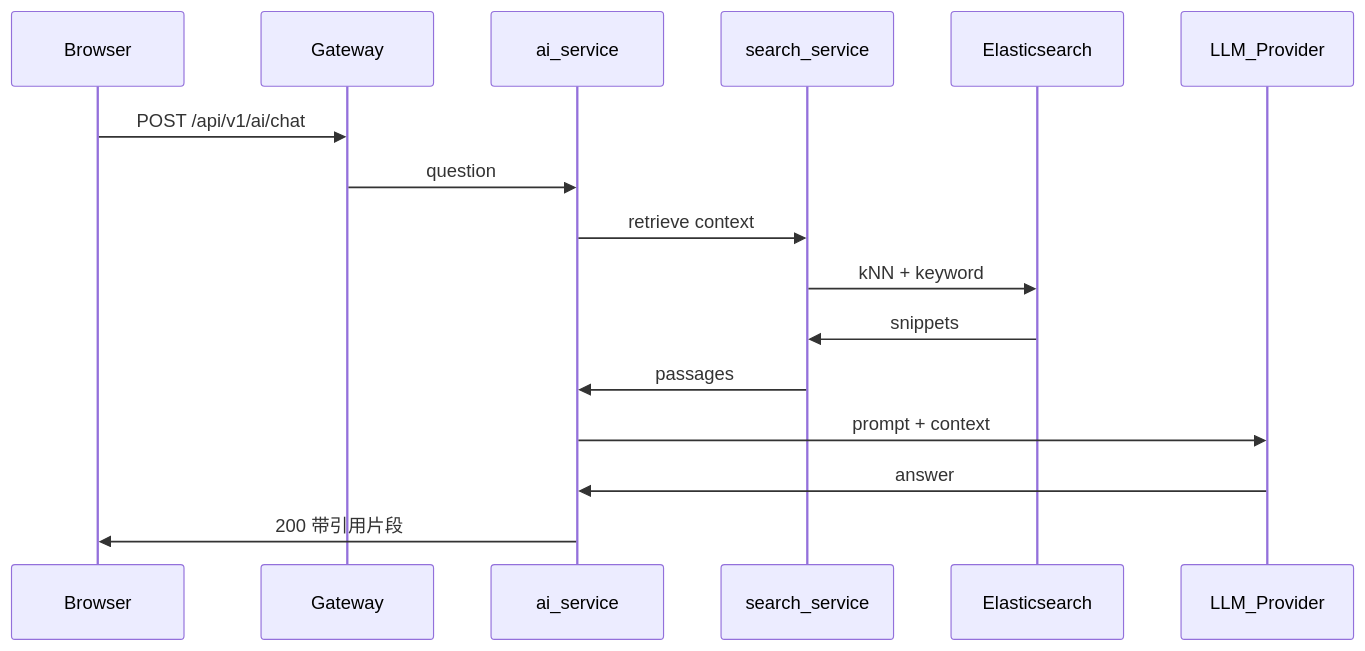
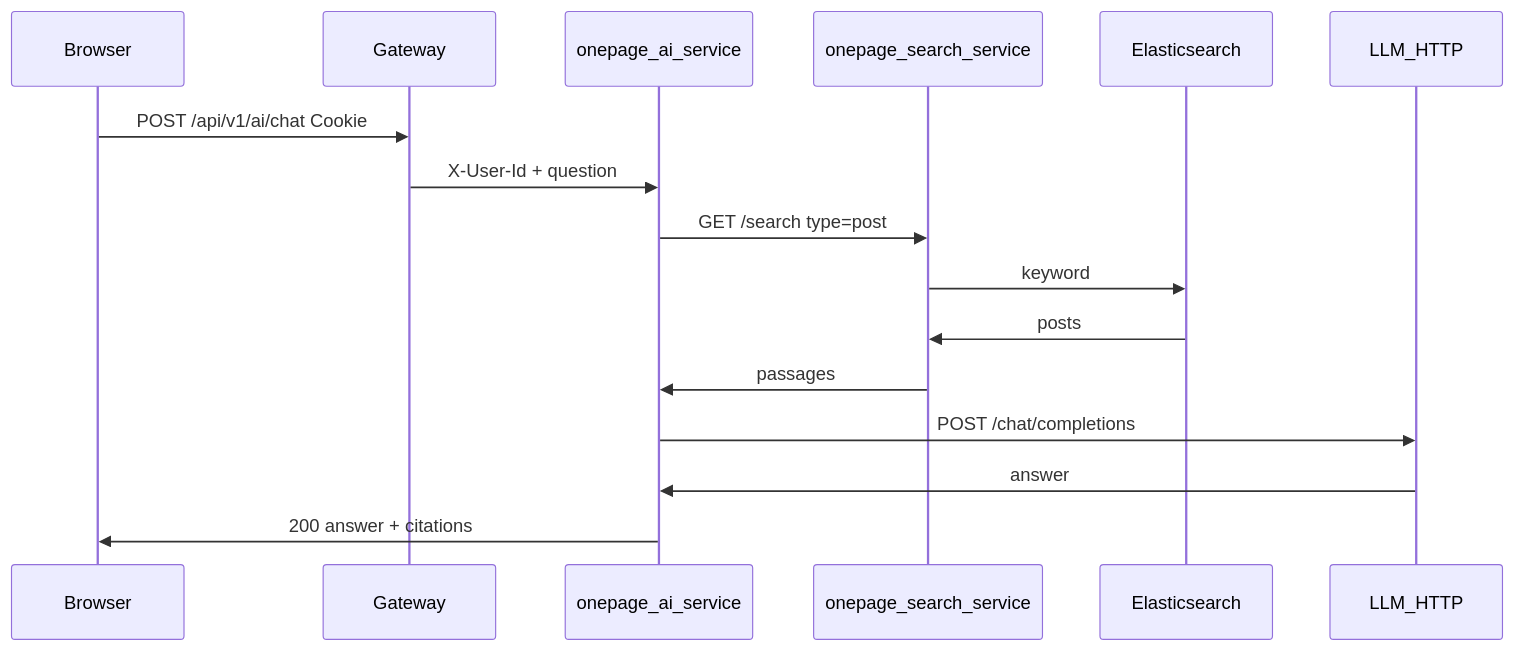
Before and after one commit to Yangleduo00337788/OnePage: the eighth of 13 diagrams in agi-work-space/src/content/engineering/tech/diagrams.md, drawn with Mermaid. The commit also changed 64 other files, not shown here.

````diff
--- a/agi-work-space/src/content/engineering/tech/diagrams.md
+++ b/agi-work-space/src/content/engineering/tech/diagrams.md
@@ -246,19 +246,19 @@
 ```mermaid
 sequenceDiagram
   participant B as Browser
   participant G as Gateway
-  participant AI as ai_service
-  participant Sch as search_service
+  participant AI as onepage_ai_service
+  participant Sch as onepage_search_service
   participant ES as Elasticsearch
-  participant LLM as LLM_Provider
+  participant LLM as LLM_HTTP
 
-  B->>G: POST /api/v1/ai/chat
-  G->>AI: question
-  AI->>Sch: retrieve context
-  Sch->>ES: kNN + keyword
-  ES->>Sch: snippets
+  B->>G: POST /api/v1/ai/chat Cookie
+  G->>AI: X-User-Id + question
+  AI->>Sch: GET /search type=post
+  Sch->>ES: keyword
+  ES->>Sch: posts
   Sch->>AI: passages
-  AI->>LLM: prompt + context
+  AI->>LLM: POST /chat/completions
   LLM->>AI: answer
-  AI->>B: 200 带引用片段
+  AI->>B: 200 answer + citations
 ```
````
